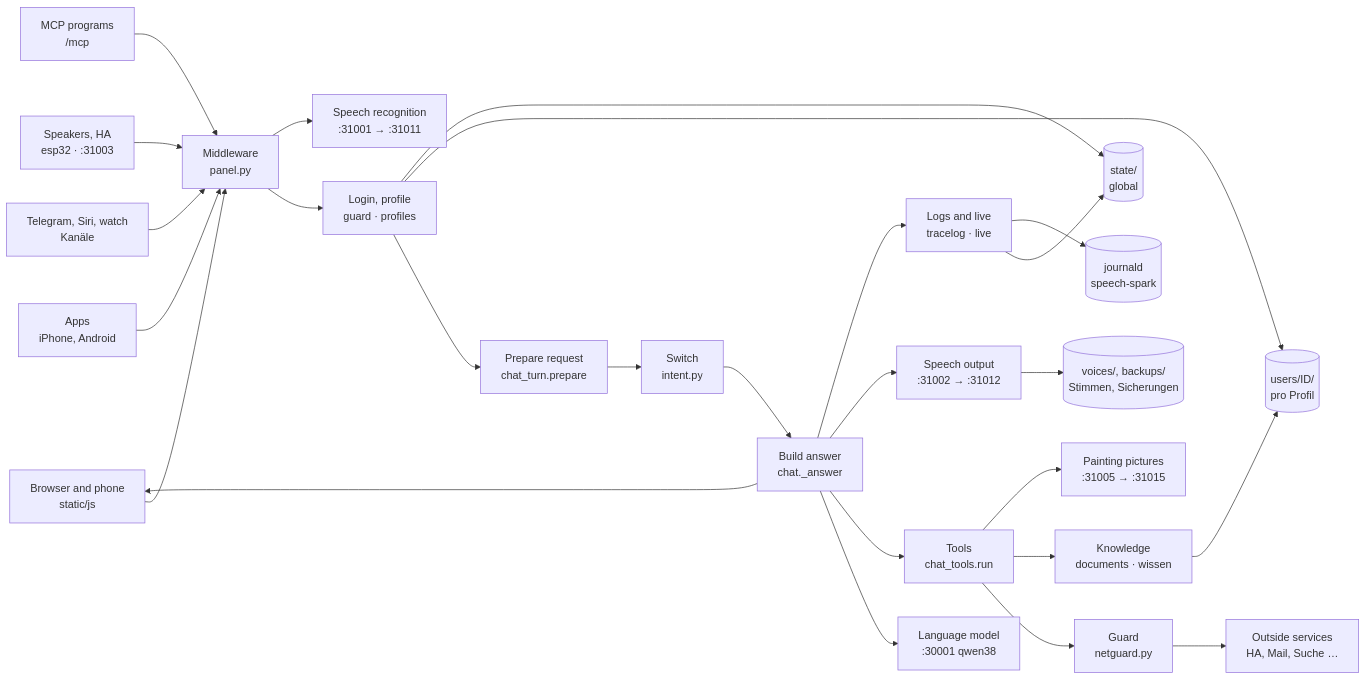
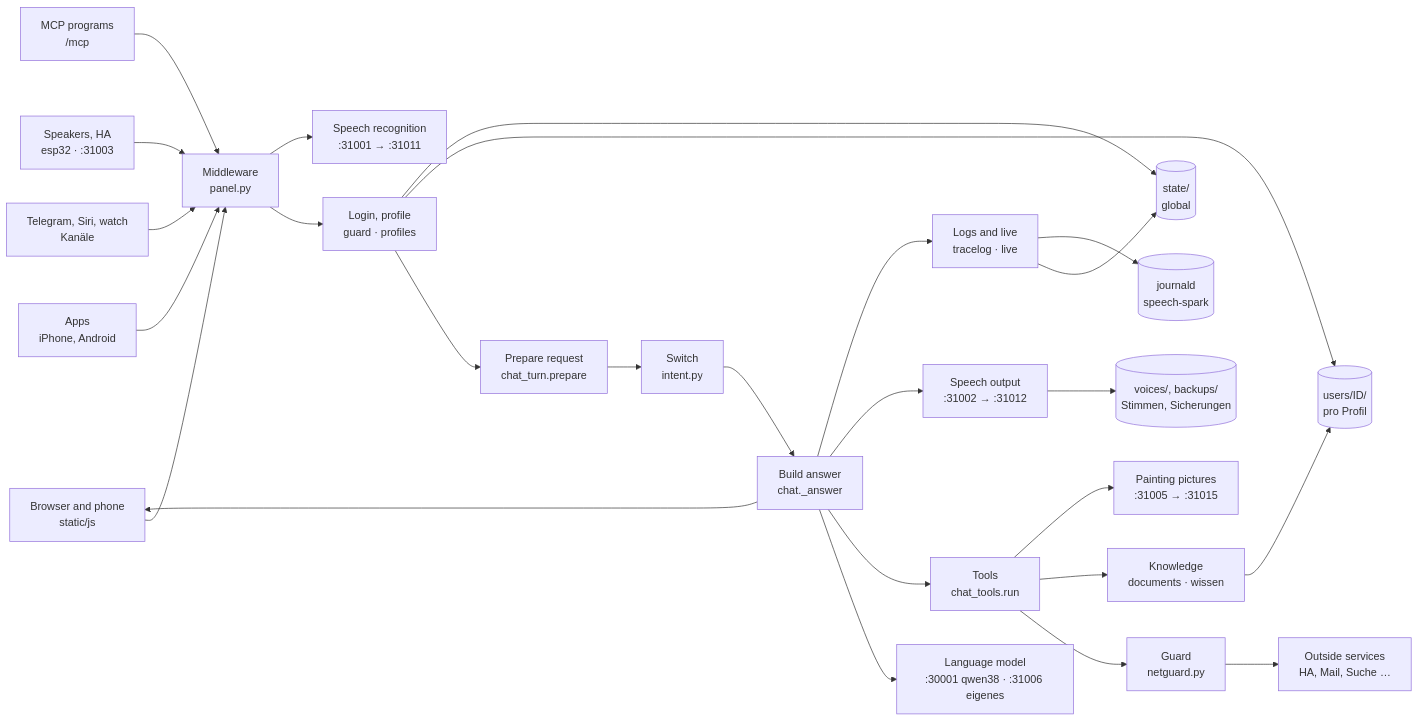
The first of 24 diagrams in docs/en/architecture.md (db9979/speech-on-dgx-spark), drawn with Mermaid before and after one commit. The commit also changed other lines of this file and 33 other files, not shown here.

First line of the commit message:
V01.0.590 Eigene Modelle Stufe E2: LLM-Tor und eigenes vLLM vorbereitet, Kolibri-1 im Katalog

````diff
--- a/docs/en/architecture.md
+++ b/docs/en/architecture.md
@@ -14,51 +14,51 @@
 ```mermaid
 flowchart LR
   geraet["Browser and phone<br/>static/js"]
   apps["Apps<br/>iPhone, Android"]
   kanaele["Telegram, Siri, watch<br/>Kanäle"]
   lautsprecher["Speakers, HA<br/>esp32 · :31003"]
   mcpc["MCP programs<br/>/mcp"]
   middleware["Middleware<br/>panel.py"]
   zugang["Login, profile<br/>guard · profiles"]
   vorbereiten["Prepare request<br/>chat_turn.prepare"]
   weiche["Switch<br/>intent.py"]
   antwort["Build answer<br/>chat._answer"]
   werkzeuge["Tools<br/>chat_tools.run"]
   wissen["Knowledge<br/>documents · wissen"]
   waechter["Guard<br/>netguard.py"]
   betrieb["Logs and live<br/>tracelog · live"]
-  llm["Language model<br/>:30001 qwen38"]
+  llm["Language model<br/>:30001 qwen38 · :31006 eigenes"]
   asr["Speech recognition<br/>:31001 → :31011"]
   tts["Speech output<br/>:31002 → :31012"]
   bild["Painting pictures<br/>:31005 → :31015"]
   aussen["Outside services<br/>HA, Mail, Suche …"]
   state[("state/<br/>global")]
   users[("users/ID/<br/>pro Profil")]
   ablage[("voices/, backups/<br/>Stimmen, Sicherungen")]
   journal[("journald<br/>speech-spark")]
   geraet --> middleware
   apps --> middleware
   kanaele --> middleware
   lautsprecher --> middleware
   mcpc --> middleware
   middleware --> zugang
   middleware --> asr
   zugang --> vorbereiten
   vorbereiten --> weiche
   weiche --> antwort
   antwort --> llm
   antwort --> werkzeuge
   werkzeuge --> waechter
   waechter --> aussen
   werkzeuge --> wissen
   antwort --> tts
   werkzeuge --> bild
   antwort --> geraet
   antwort --> betrieb
   betrieb --> state
   betrieb --> journal
   wissen --> users
   zugang --> users
   zugang --> state
   tts --> ablage
 ```
````
